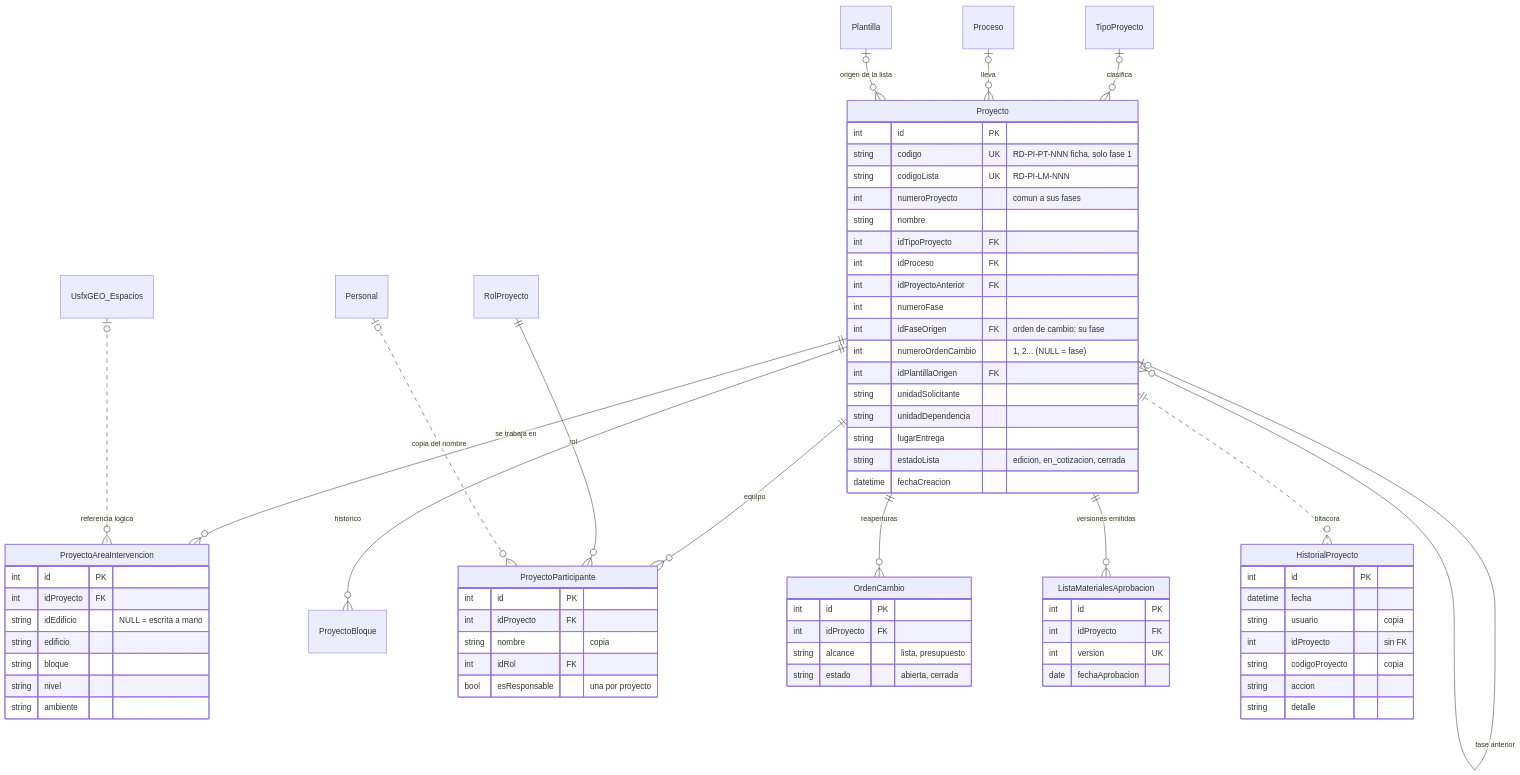
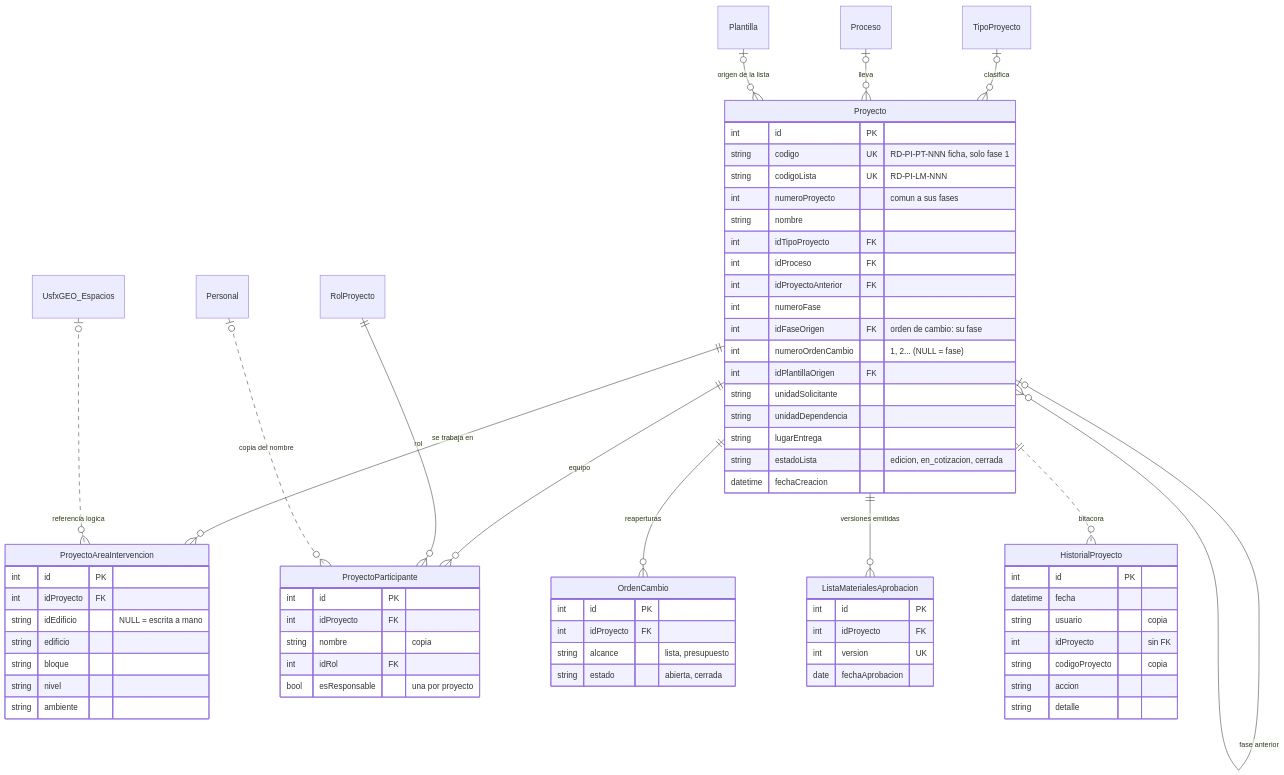
The first of 5 diagrams in docs/modelo-logico-datos.md (wilDC123/presupuestosRedes), drawn with Mermaid before and after one commit. The commit also changed other lines of this file and 26 other files, not shown here.

````diff
--- a/docs/modelo-logico-datos.md
+++ b/docs/modelo-logico-datos.md
@@ -50,73 +50,72 @@
 ```mermaid
 erDiagram
     TipoProyecto |o--o{ Proyecto : "clasifica"
     Proceso |o--o{ Proyecto : "lleva"
     Proyecto |o--o{ Proyecto : "fase anterior"
     Plantilla |o--o{ Proyecto : "origen de la lista"
     Proyecto ||--o{ ProyectoAreaIntervencion : "se trabaja en"
-    Proyecto ||--o{ ProyectoBloque : "historico"
     Proyecto ||--o{ ProyectoParticipante : "equipo"
     RolProyecto ||--o{ ProyectoParticipante : "rol"
     Personal |o..o{ ProyectoParticipante : "copia del nombre"
     Proyecto ||--o{ OrdenCambio : "reaperturas"
     Proyecto ||--o{ ListaMaterialesAprobacion : "versiones emitidas"
     Proyecto ||..o{ HistorialProyecto : "bitacora"
     UsfxGEO_Espacios |o..o{ ProyectoAreaIntervencion : "referencia logica"
 
     Proyecto {
         int id PK
         string codigo UK "RD-PI-PT-NNN ficha, solo fase 1"
         string codigoLista UK "RD-PI-LM-NNN"
         int numeroProyecto "comun a sus fases"
         string nombre
         int idTipoProyecto FK
         int idProceso FK
         int idProyectoAnterior FK
         int numeroFase
         int idFaseOrigen FK "orden de cambio: su fase"
         int numeroOrdenCambio "1, 2... (NULL = fase)"
         int idPlantillaOrigen FK
         string unidadSolicitante
         string unidadDependencia
         string lugarEntrega
         string estadoLista "edicion, en_cotizacion, cerrada"
         datetime fechaCreacion
     }
     ProyectoAreaIntervencion {
         int id PK
         int idProyecto FK
         string idEdificio "NULL = escrita a mano"
         string edificio
         string bloque
         string nivel
         string ambiente
     }
     ProyectoParticipante {
         int id PK
         int idProyecto FK
         string nombre "copia"
         int idRol FK
         bool esResponsable "una por proyecto"
     }
     HistorialProyecto {
         int id PK
         datetime fecha
         string usuario "copia"
         int idProyecto "sin FK"
         string codigoProyecto "copia"
         string accion
         string detalle
     }
     ListaMaterialesAprobacion {
         int id PK
         int idProyecto FK
         int version UK
         date fechaAprobacion
     }
     OrdenCambio {
         int id PK
         int idProyecto FK
         string alcance "lista, presupuesto"
         string estado "abierta, cerrada"
     }
 ```
````
